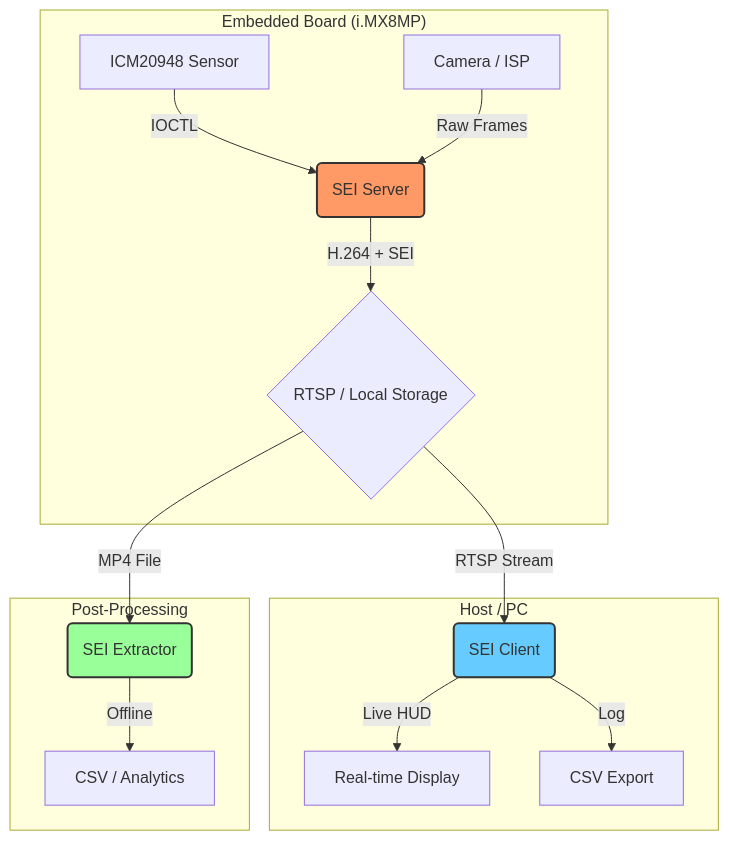
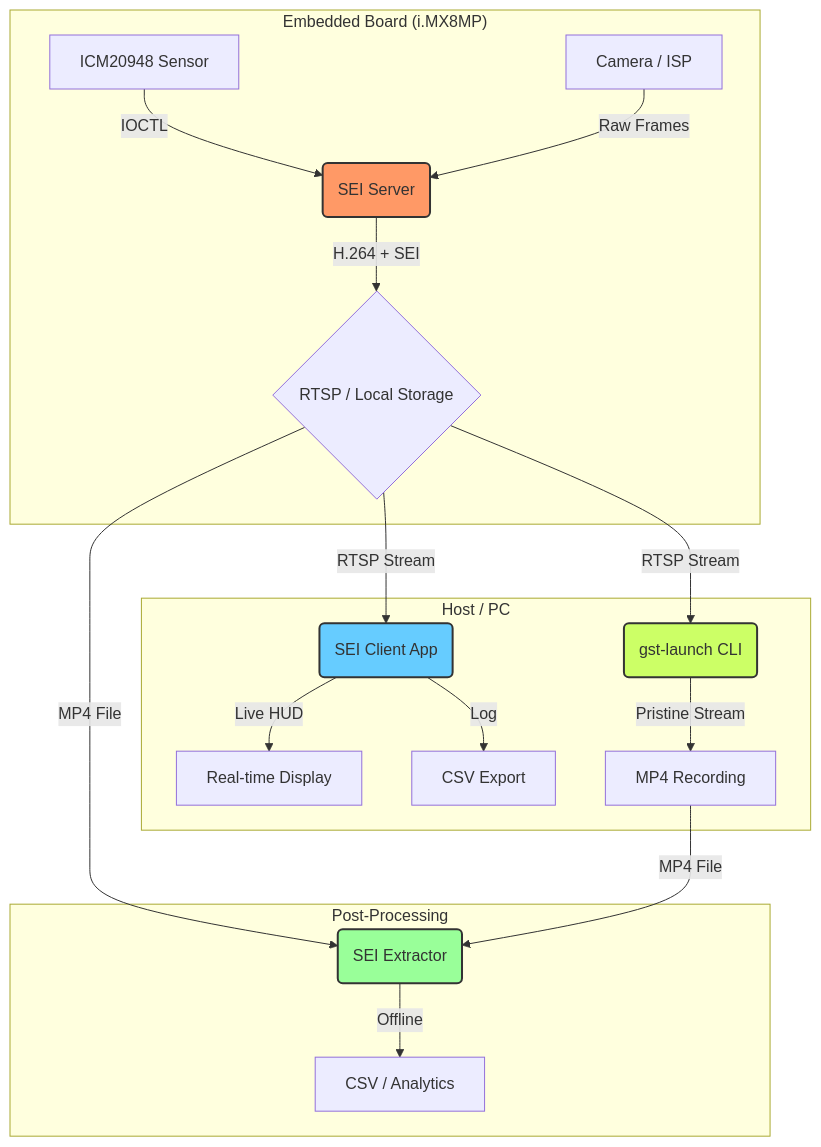
Before and after one commit to Vishnu070803/IMU-Metadata--SEI: the diagram in README.md, drawn with Mermaid. The commit also changed 33 other files, not shown here.

````diff
--- a/README.md
+++ b/README.md
@@ -15,23 +15,28 @@
 ```mermaid
 graph TD
     subgraph "Embedded Board (i.MX8MP)"
         A[ICM20948 Sensor] -->|IOCTL| B(SEI Server)
         C[Camera / ISP] -->|Raw Frames| B
         B -->|H.264 + SEI| D{RTSP / Local Storage}
     end
 
     subgraph "Host / PC"
-        D -->|RTSP Stream| E(SEI Client)
+        D -->|RTSP Stream| E(SEI Client App)
         E -->|Live HUD| F[Real-time Display]
         E -->|Log| G[CSV Export]
+        
+        D -->|RTSP Stream| J(gst-launch CLI)
+        J -->|Pristine Stream| K[MP4 Recording]
     end
 
     subgraph "Post-Processing"
         D -->|MP4 File| H(SEI Extractor)
+        K -->|MP4 File| H
         H -->|Offline| I[CSV / Analytics]
     end
 
     style B fill:#f96,stroke:#333,stroke-width:2px
     style E fill:#6cf,stroke:#333,stroke-width:2px
+    style J fill:#cf6,stroke:#333,stroke-width:2px
     style H fill:#9f9,stroke:#333,stroke-width:2px
 ```
````
